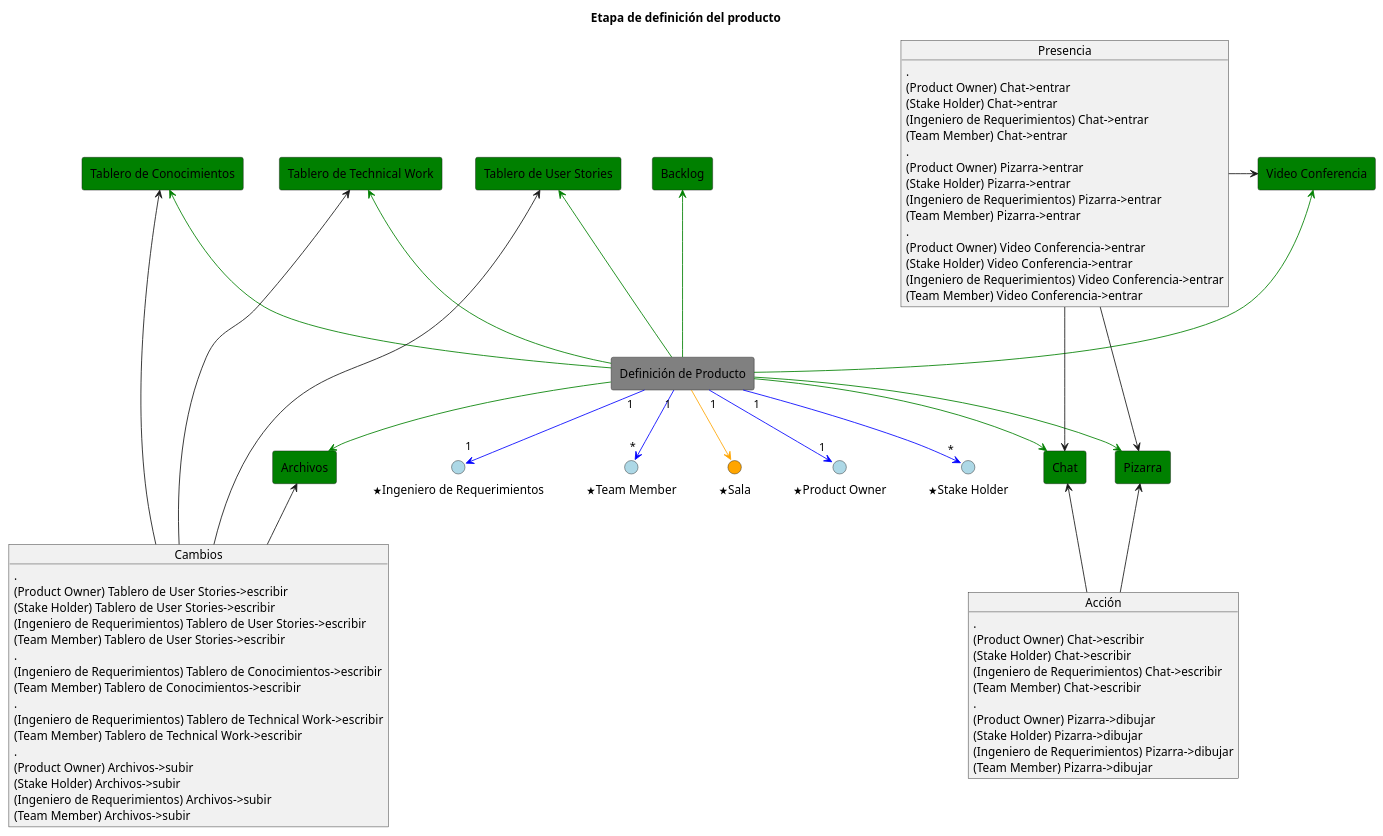
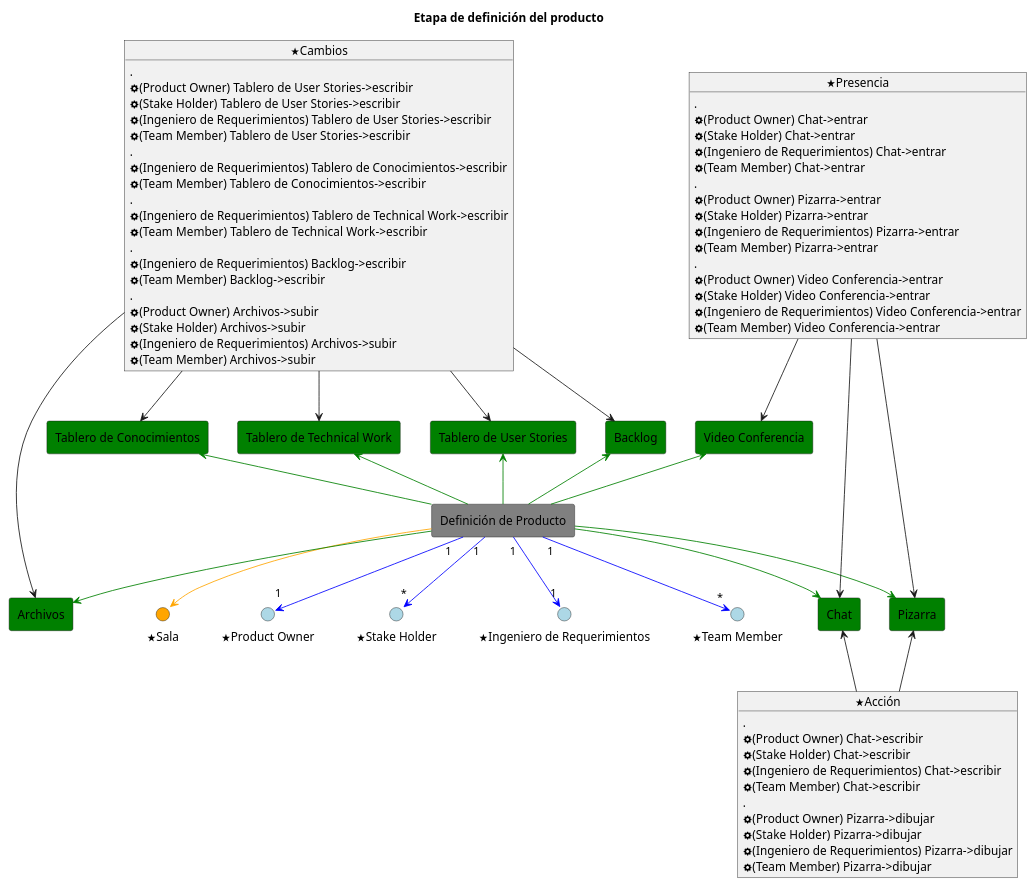
The first of 2 diagrams in entrega1/actividades/product/product.plantuml (pablodanielrey/colaborativos), drawn with PlantUML before and after one commit.

Commit message:
cambio el layout de los awareness

```diff
--- a/entrega1/actividades/product/product.plantuml
+++ b/entrega1/actividades/product/product.plantuml
@@ -1,101 +1,105 @@
 @startuml
 title Etapa de definición del producto
 allowmixing
 
 () "<&star>Product Owner" as owner #LightBlue
 () "<&star>Stake Holder" as sh #LightBlue
 () "<&star>Ingeniero de Requerimientos" as rem #LightBlue
 () "<&star>Team Member" as tm #LightBlue
 () "<&star>Sala" as room #Orange
+rectangle "Video Conferencia" as video #Green
 rectangle "Definición de Producto" as product #Gray
 rectangle "Tablero de User Stories" as user_stories #Green
 rectangle "Tablero de Technical Work" as technical_work #Green
 rectangle "Tablero de Conocimientos" as knoledge_adquisition #Green
 rectangle "Backlog" as product_backlog #Green
-rectangle "Video Conferencia" as video #Green
 rectangle "Chat" as chat #Green
 rectangle "Pizarra" as blackboard #Green
 rectangle "Archivos" as files #Green
 
 product "1" -d[#Blue]-> "1" owner
 product "1" -d[#Blue]-> "*" sh
 product "1" -d[#Blue]-> "1" rem
 product "1" -d[#Blue]-> "*" tm
+product -u[#Green]-> video
 product -u[#Green]-> product_backlog
 product -u[#Green]-> user_stories
 product -u[#Green]-> technical_work
 product -u[#Green]-> knoledge_adquisition
-product -u[#Green]-> video
 product -d[#Orange]-> room
 product -d[#Green]-> blackboard
 product -d[#Green]-> chat
 product -d[#Green]-> files
 
 
-object Presencia {
+object "<&star>Presencia" as Presencia {
     .
-    (Product Owner) Chat->entrar
-    (Stake Holder) Chat->entrar
-    (Ingeniero de Requerimientos) Chat->entrar
-    (Team Member) Chat->entrar
+    <&cog>(Product Owner) Chat->entrar
+    <&cog>(Stake Holder) Chat->entrar
+    <&cog>(Ingeniero de Requerimientos) Chat->entrar
+    <&cog>(Team Member) Chat->entrar
     .
-    (Product Owner) Pizarra->entrar
-    (Stake Holder) Pizarra->entrar
-    (Ingeniero de Requerimientos) Pizarra->entrar
-    (Team Member) Pizarra->entrar    
+    <&cog>(Product Owner) Pizarra->entrar
+    <&cog>(Stake Holder) Pizarra->entrar
+    <&cog>(Ingeniero de Requerimientos) Pizarra->entrar
+    <&cog>(Team Member) Pizarra->entrar    
     .
-    (Product Owner) Video Conferencia->entrar
-    (Stake Holder) Video Conferencia->entrar
-    (Ingeniero de Requerimientos) Video Conferencia->entrar
-    (Team Member) Video Conferencia->entrar    
+    <&cog>(Product Owner) Video Conferencia->entrar
+    <&cog>(Stake Holder) Video Conferencia->entrar
+    <&cog>(Ingeniero de Requerimientos) Video Conferencia->entrar
+    <&cog>(Team Member) Video Conferencia->entrar    
 
 }
 
 
-Presencia -> video
-Presencia -> chat
-Presencia -> blackboard
+Presencia --> video
+Presencia --> chat
+Presencia --> blackboard
 
 
-object Acción {
+object "<&star>Acción" as Acción {
     .
-    (Product Owner) Chat->escribir
-    (Stake Holder) Chat->escribir
-    (Ingeniero de Requerimientos) Chat->escribir
-    (Team Member) Chat->escribir
+    <&cog>(Product Owner) Chat->escribir
+    <&cog>(Stake Holder) Chat->escribir
+    <&cog>(Ingeniero de Requerimientos) Chat->escribir
+    <&cog>(Team Member) Chat->escribir
 
     .
-    (Product Owner) Pizarra->dibujar
-    (Stake Holder) Pizarra->dibujar
-    (Ingeniero de Requerimientos) Pizarra->dibujar
-    (Team Member) Pizarra->dibujar
+    <&cog>(Product Owner) Pizarra->dibujar
+    <&cog>(Stake Holder) Pizarra->dibujar
+    <&cog>(Ingeniero de Requerimientos) Pizarra->dibujar
+    <&cog>(Team Member) Pizarra->dibujar
 }
 
 Acción -u-> chat
 Acción -u-> blackboard
 
-object Cambios {
+object "<&star>Cambios" as Cambios {
     .
-    (Product Owner) Tablero de User Stories->escribir
-    (Stake Holder) Tablero de User Stories->escribir
-    (Ingeniero de Requerimientos) Tablero de User Stories->escribir
-    (Team Member) Tablero de User Stories->escribir
+    <&cog>(Product Owner) Tablero de User Stories->escribir
+    <&cog>(Stake Holder) Tablero de User Stories->escribir
+    <&cog>(Ingeniero de Requerimientos) Tablero de User Stories->escribir
+    <&cog>(Team Member) Tablero de User Stories->escribir
     .
-    (Ingeniero de Requerimientos) Tablero de Conocimientos->escribir
-    (Team Member) Tablero de Conocimientos->escribir
+    <&cog>(Ingeniero de Requerimientos) Tablero de Conocimientos->escribir
+    <&cog>(Team Member) Tablero de Conocimientos->escribir
     .
-    (Ingeniero de Requerimientos) Tablero de Technical Work->escribir
-    (Team Member) Tablero de Technical Work->escribir
+    <&cog>(Ingeniero de Requerimientos) Tablero de Technical Work->escribir
+    <&cog>(Team Member) Tablero de Technical Work->escribir
     .
-    (Product Owner) Archivos->subir
-    (Stake Holder) Archivos->subir
-    (Ingeniero de Requerimientos) Archivos->subir
-    (Team Member) Archivos->subir    
+    <&cog>(Ingeniero de Requerimientos) Backlog->escribir
+    <&cog>(Team Member) Backlog->escribir
+    .
+    <&cog>(Product Owner) Archivos->subir
+    <&cog>(Stake Holder) Archivos->subir
+    <&cog>(Ingeniero de Requerimientos) Archivos->subir
+    <&cog>(Team Member) Archivos->subir    
 }
 
-Cambios -u-> files
-Cambios -u-> user_stories
-Cambios -u-> technical_work
-Cambios -u-> knoledge_adquisition
+Cambios -d-> files
+Cambios -d-> user_stories
+Cambios -d-> technical_work
+Cambios -d-> knoledge_adquisition
+Cambios -d-> product_backlog
 
 @enduml
```
